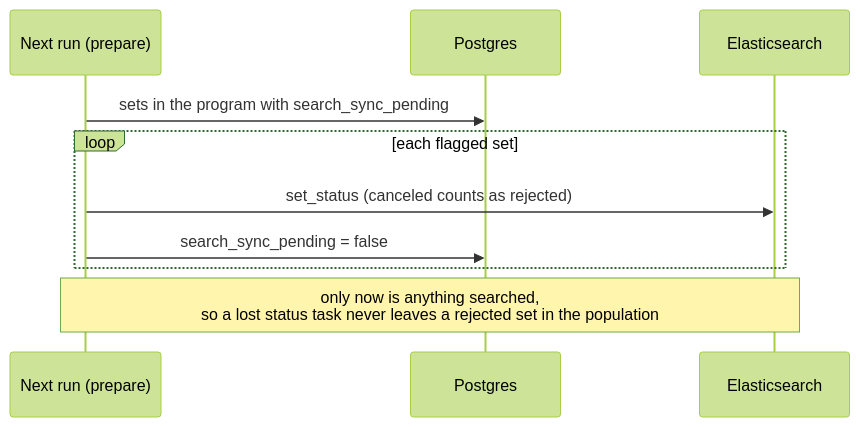
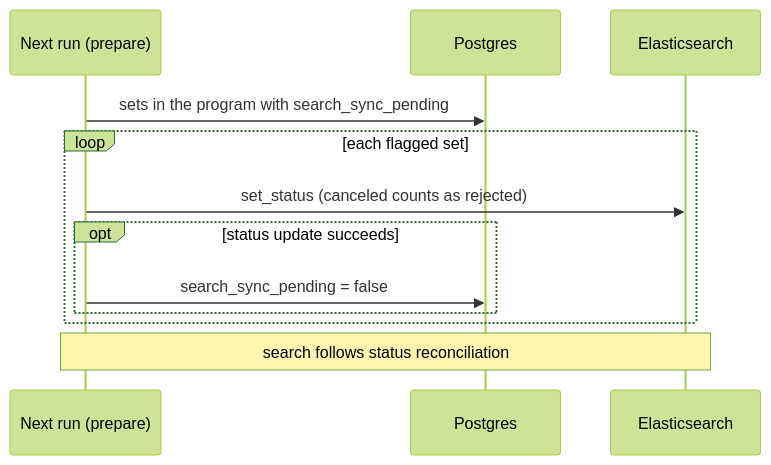
One commit to unicef/hope-dedup-engine changed the eighth of 12 diagrams in docs/src/biographic/concepts/sequence-diagrams.md. Above: the diagram before and after it, drawn with Mermaid (forest theme). The commit also changed other lines of this file and 12 other files, not shown here.

````diff
--- a/docs/src/biographic/concepts/sequence-diagrams.md
+++ b/docs/src/biographic/concepts/sequence-diagrams.md
@@ -169,13 +187,15 @@
 ```mermaid
 sequenceDiagram
     participant W as Next run (prepare)
     participant DB as Postgres
     participant ES as Elasticsearch
 
     W->>DB: sets in the program with search_sync_pending
     loop each flagged set
         W->>ES: set_status (canceled counts as rejected)
-        W->>DB: search_sync_pending = false
+        opt status update succeeds
+            W->>DB: search_sync_pending = false
+        end
     end
-    Note over W,ES: only now is anything searched,<br>so a lost status task never leaves a rejected set in the population
+    Note over W,ES: search follows status reconciliation
 ```
````
